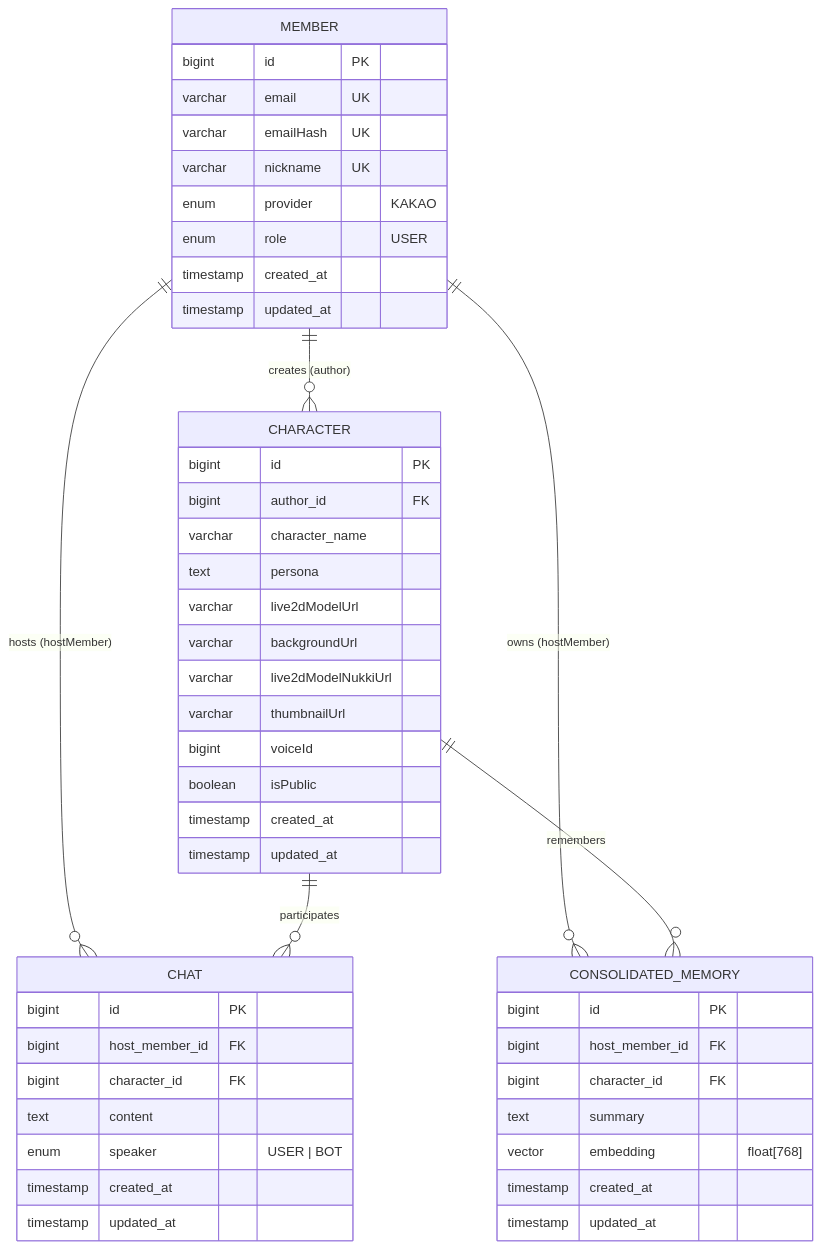
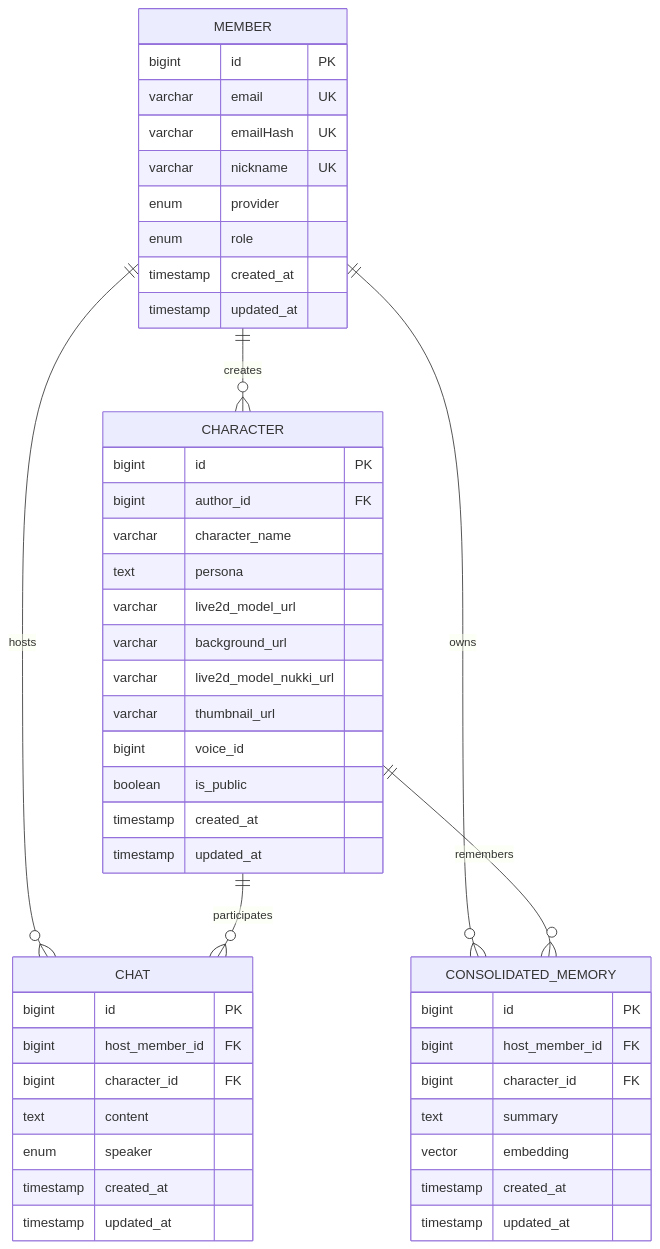
Before and after one commit to JNU-econovation/ISEKAI-BE: the fourth of 5 diagrams in README.md, drawn with Mermaid. The commit also changed other lines of this file, not shown here.

````diff
--- a/README.md
+++ b/README.md
@@ -243,54 +220,54 @@
 ```mermaid
 erDiagram
-    MEMBER ||--o{ CHARACTER : "creates (author)"
-    MEMBER ||--o{ CHAT : "hosts (hostMember)"
-    MEMBER ||--o{ CONSOLIDATED_MEMORY : "owns (hostMember)"
-    CHARACTER ||--o{ CHAT : "participates"
-    CHARACTER ||--o{ CONSOLIDATED_MEMORY : "remembers"
-    
+    MEMBER ||--o{ CHARACTER : creates
+    MEMBER ||--o{ CHAT : hosts
+    MEMBER ||--o{ CONSOLIDATED_MEMORY : owns
+    CHARACTER ||--o{ CHAT : participates
+    CHARACTER ||--o{ CONSOLIDATED_MEMORY : remembers
+
     MEMBER {
         bigint id PK
         varchar email UK
         varchar emailHash UK
         varchar nickname UK
-        enum provider "KAKAO"
-        enum role "USER"
+        enum provider
+        enum role
         timestamp created_at
         timestamp updated_at
     }
-    
+
     CHARACTER {
         bigint id PK
         bigint author_id FK
         varchar character_name
         text persona
-        varchar live2dModelUrl
-        varchar backgroundUrl
-        varchar live2dModelNukkiUrl
-        varchar thumbnailUrl
-        bigint voiceId
-        boolean isPublic
+        varchar live2d_model_url
+        varchar background_url
+        varchar live2d_model_nukki_url
+        varchar thumbnail_url
+        bigint voice_id
+        boolean is_public
         timestamp created_at
         timestamp updated_at
     }
-    
+
     CHAT {
         bigint id PK
         bigint host_member_id FK
         bigint character_id FK
         text content
-        enum speaker "USER | BOT"
+        enum speaker
         timestamp created_at
         timestamp updated_at
     }
-    
+
     CONSOLIDATED_MEMORY {
         bigint id PK
         bigint host_member_id FK
         bigint character_id FK
         text summary
-        vector embedding "float[768]"
+        vector embedding
         timestamp created_at
         timestamp updated_at
     }
 ```
````
